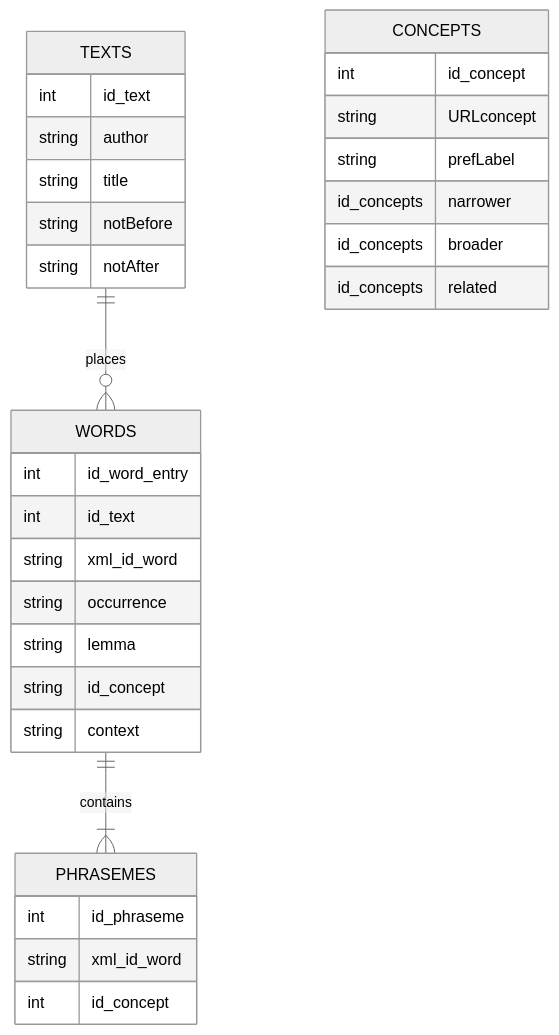
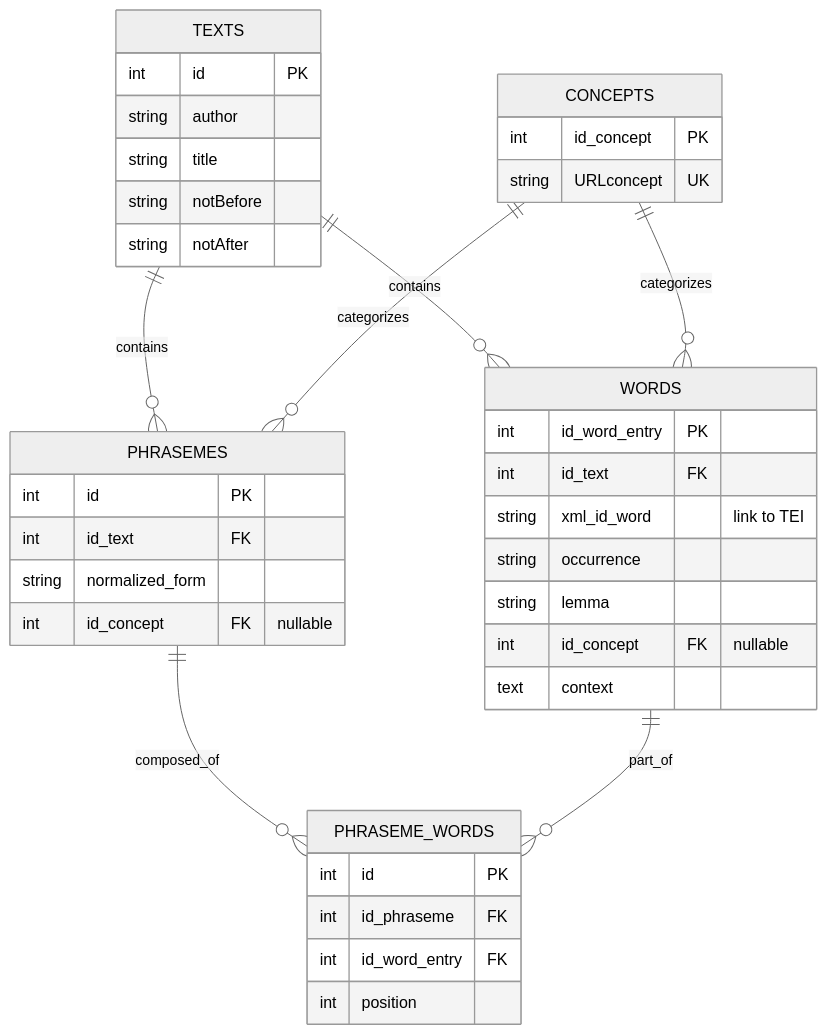
The diagram in instruction.md (giacomomarchioro/lemmaTEIbrowser), drawn with Mermaid (neutral theme) before and after one commit. The commit also changed other lines of this file and 13 other files, not shown here.

````diff
--- a/instruction.md
+++ b/instruction.md
@@ -71,35 +79,46 @@
 ```mermaid
 erDiagram
-    TEXTS ||--o{ WORDS : places
+    TEXTS ||--o{ WORDS : "contains"
+    TEXTS ||--o{ PHRASEMES : "contains"
+    CONCEPTS ||--o{ WORDS : "categorizes"
+    CONCEPTS ||--o{ PHRASEMES : "categorizes"
+    PHRASEMES ||--o{ PHRASEME_WORDS : "composed_of"
+    WORDS ||--o{ PHRASEME_WORDS : "part_of"
+    
     TEXTS {
-        int id_text 
+        int id PK
         string author
         string title
         string notBefore
         string notAfter
     }
-    WORDS ||--|{ PHRASEMES : contains
+    
     WORDS {
-        int id_word_entry
-        int id_text
-        string xml_id_word
+        int id_word_entry PK
+        int id_text FK
+        string xml_id_word "link to TEI"
         string occurrence
         string lemma
-        string id_concept
-        string context
+        int id_concept FK "nullable"
+        text context
     }
+    
     PHRASEMES {
-        int id_phraseme
-        string xml_id_word
-        int id_concept
+        int id PK
+        int id_text FK
+        string normalized_form
+        int id_concept FK "nullable"
     }
-
+    
+    PHRASEME_WORDS {
+        int id PK
+        int id_phraseme FK
+        int id_word_entry FK
+        int position
+    }
+    
     CONCEPTS {
-        int id_concept
-        string URLconcept
-        string prefLabel
-        id_concepts narrower
-        id_concepts broader
-        id_concepts related
+        int id_concept PK
+        string URLconcept UK
     }
 ```
````
